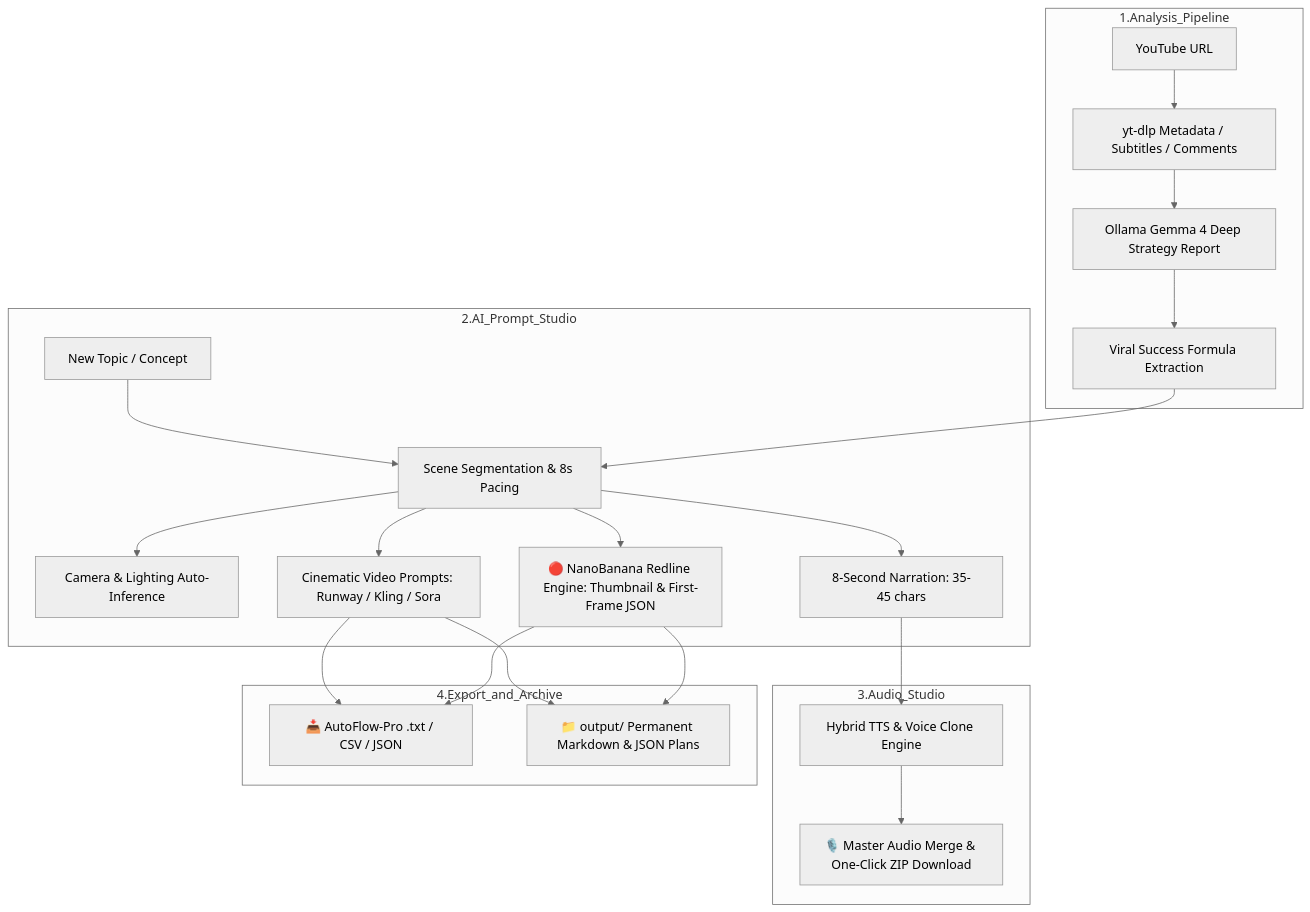
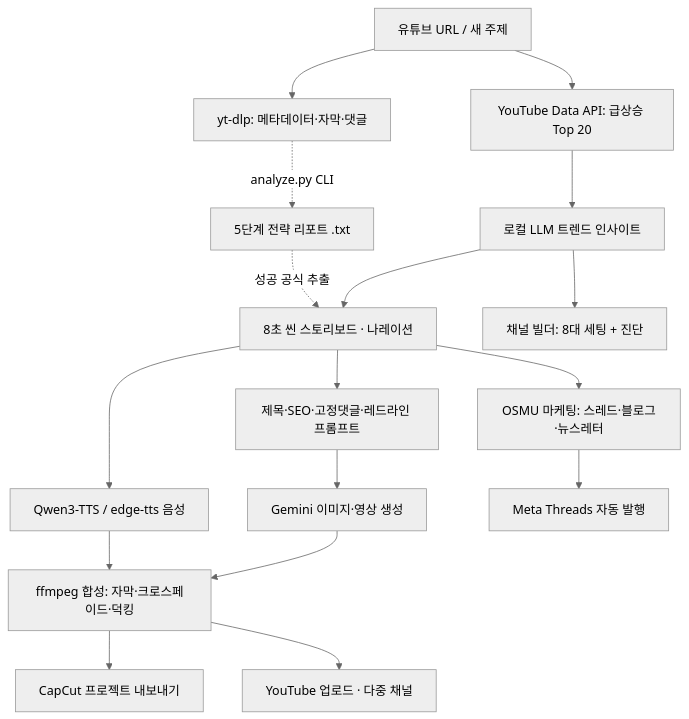
Before and after one commit to casareborgia/youtube-video-analysis: the diagram in README.md, drawn with Mermaid (neutral theme). The commit also changed other lines of this file and 1 other file, not shown here.

First line of the commit message:
docs: README 를 TubeInsight AI 현재 상태로 전면 갱신 + 누락 의존성 보강

````diff
--- a/README.md
+++ b/README.md
@@ -78,27 +111,24 @@
 ```mermaid
 graph TD
-    subgraph 1.Analysis_Pipeline
-        A[YouTube URL] --> B[yt-dlp Metadata / Subtitles / Comments]
-        B --> C[Ollama Gemma 4 Deep Strategy Report]
-        C --> D[Viral Success Formula Extraction]
-    end
+    A[유튜브 URL / 새 주제]
 
-    subgraph 2.AI_Prompt_Studio
-        E[New Topic / Concept] --> F[Scene Segmentation & 8s Pacing]
-        D --> F
-        F --> G[Camera & Lighting Auto-Inference]
-        F --> H[8-Second Narration: 35-45 chars]
-        F --> I[Cinematic Video Prompts: Runway / Kling / Sora]
-        F --> RED[🔴 NanoBanana Redline Engine: Thumbnail & First-Frame JSON]
-    end
+    A --> B[yt-dlp: 메타데이터·자막·댓글]
+    A --> C[YouTube Data API: 급상승 Top 20]
+    B -.->|analyze.py CLI| R[5단계 전략 리포트 .txt]
+    C --> D[로컬 LLM 트렌드 인사이트]
+    R -.->|성공 공식 추출| F
 
-    subgraph 3.Audio_Studio
-        H --> J[Hybrid TTS & Voice Clone Engine]
-        J --> K[🎙️ Master Audio Merge & One-Click ZIP Download]
-    end
+    D --> E[채널 빌더: 8대 세팅 + 진단]
+    D --> F[8초 씬 스토리보드 · 나레이션]
+    F --> G[제목·SEO·고정댓글·레드라인 프롬프트]
 
-    subgraph 4.Export_and_Archive
-        I & RED --> L[📥 AutoFlow-Pro .txt / CSV / JSON]
-        I & RED --> M[📁 output/ Permanent Markdown & JSON Plans]
-    end
+    F --> H[Qwen3-TTS / edge-tts 음성]
+    G --> I[Gemini 이미지·영상 생성]
+    H --> J[ffmpeg 합성: 자막·크로스페이드·덕킹]
+    I --> J
+    J --> K[CapCut 프로젝트 내보내기]
+
+    J --> L[YouTube 업로드 · 다중 채널]
+    F --> M[OSMU 마케팅: 스레드·블로그·뉴스레터]
+    M --> N[Meta Threads 자동 발행]
 ```
````
